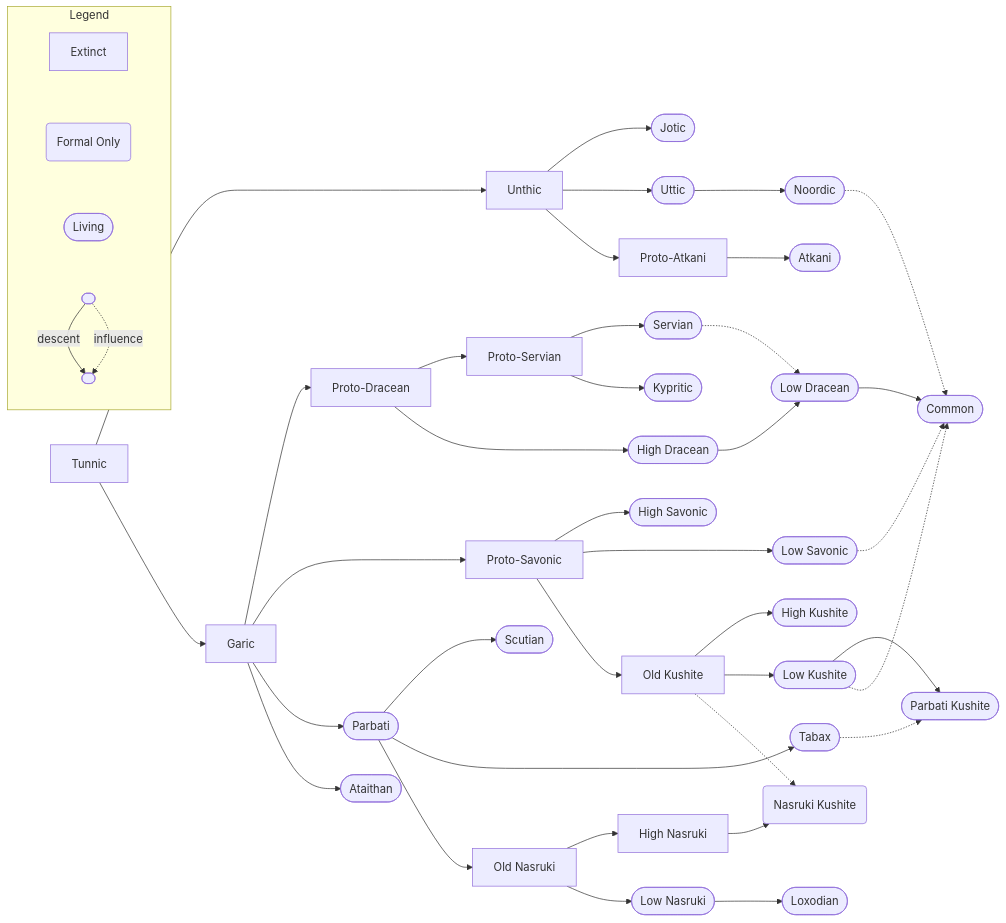
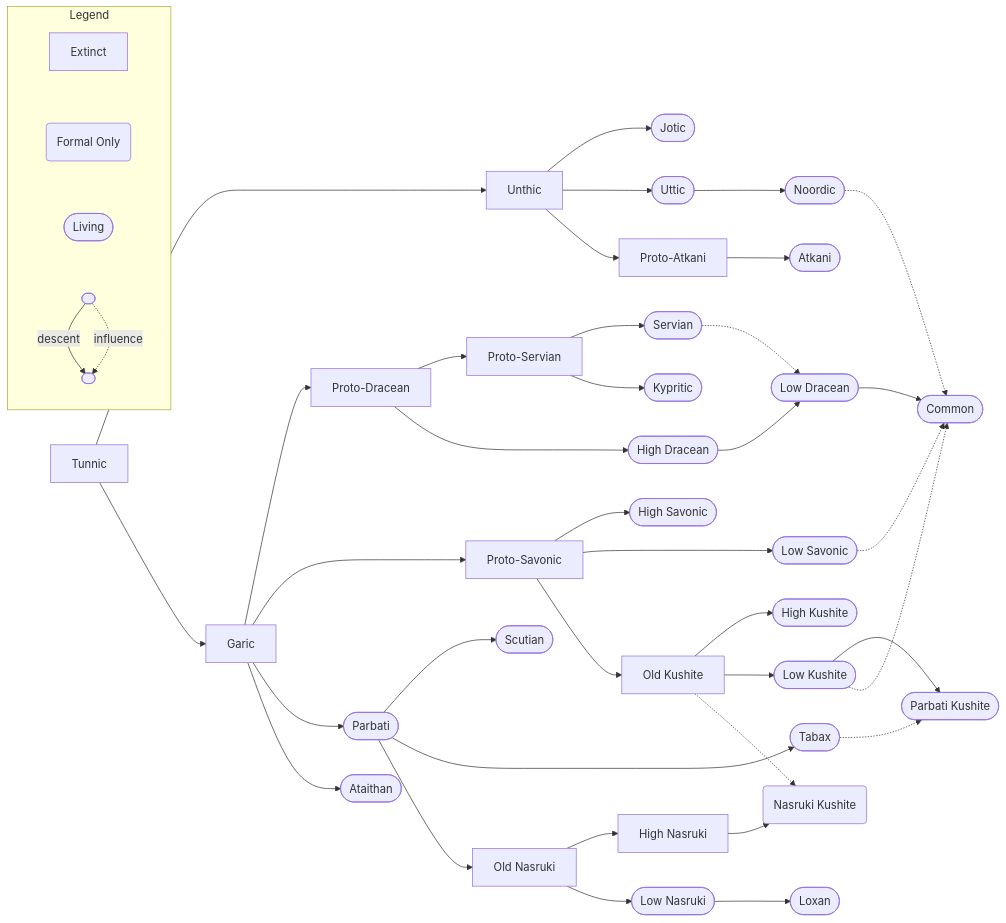
One commit to TEParsons/Iuncterra changed the diagram in source/lore/languages/index.md. Above: the diagram before and after it, drawn with Mermaid. The commit also changed 4 other files, not shown here.

```diff
--- a/source/lore/languages/index.md
+++ b/source/lore/languages/index.md
@@ -18,7 +18,7 @@
 old-nasruki[Old Nasruki]
 high-nasruki[High Nasruki]
 low-nasruki([Low Nasruki])
-loxodian([Loxodian])
+loxan([Loxan])
 uttic([Uttic])
 jotic([Jotic])
 atkani([Atkani])
@@ -76,7 +76,7 @@
 old-nasruki --> high-nasruki
 old-nasruki --> low-nasruki
 high-nasruki --> nasruki-kushite
-low-nasruki --> loxodian
+low-nasruki --> loxan
 
 garic --> ataithan
 
```
